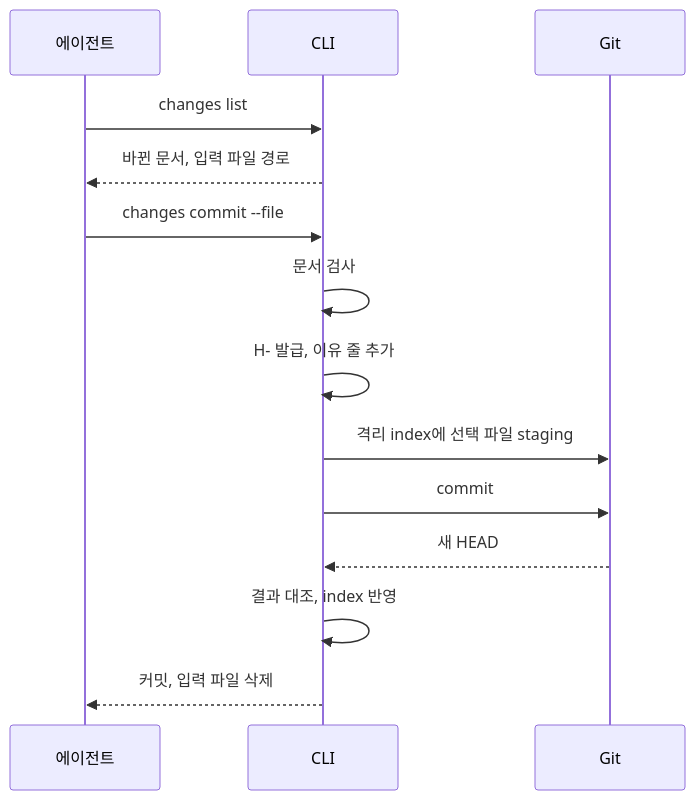
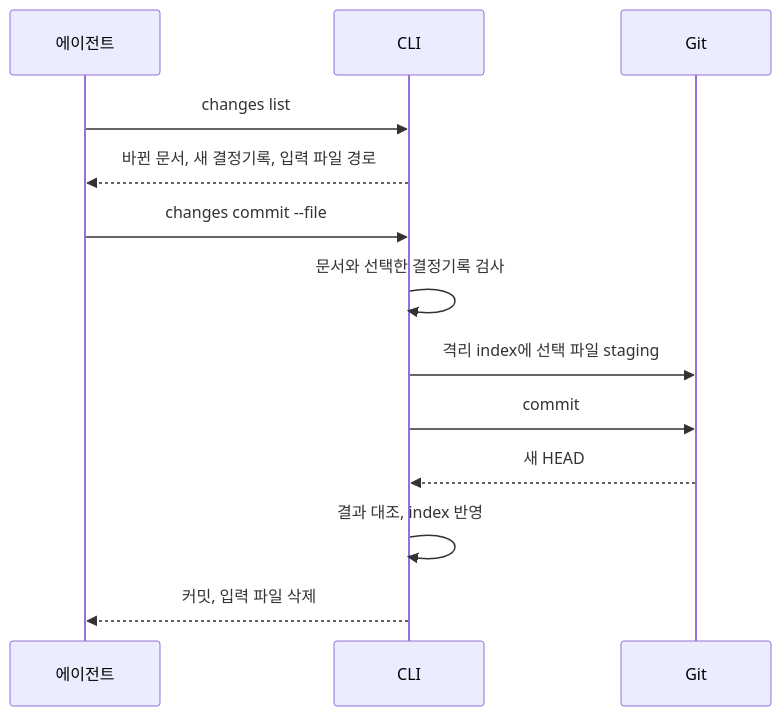
One commit to dev-goraebap/gitifact changed the second of 2 diagrams in .gitifact/instructions/cli-architecture/index.md. Above: the diagram before and after it, drawn with Mermaid. The commit also changed other lines of this file and 112 other files, not shown here.

````diff
--- a/.gitifact/instructions/cli-architecture/index.md
+++ b/.gitifact/instructions/cli-architecture/index.md
@@ -128,16 +128,15 @@
 ```mermaid
 sequenceDiagram
   participant 에이전트
   participant CLI
   participant Git
   에이전트->>CLI: changes list
-  CLI-->>에이전트: 바뀐 문서, 입력 파일 경로
+  CLI-->>에이전트: 바뀐 문서, 새 결정기록, 입력 파일 경로
   에이전트->>CLI: changes commit --file
-  CLI->>CLI: 문서 검사
-  CLI->>CLI: H- 발급, 이유 줄 추가
+  CLI->>CLI: 문서와 선택한 결정기록 검사
   CLI->>Git: 격리 index에 선택 파일 staging
   CLI->>Git: commit
   Git-->>CLI: 새 HEAD
   CLI->>CLI: 결과 대조, index 반영
   CLI-->>에이전트: 커밋, 입력 파일 삭제
 ```
````
